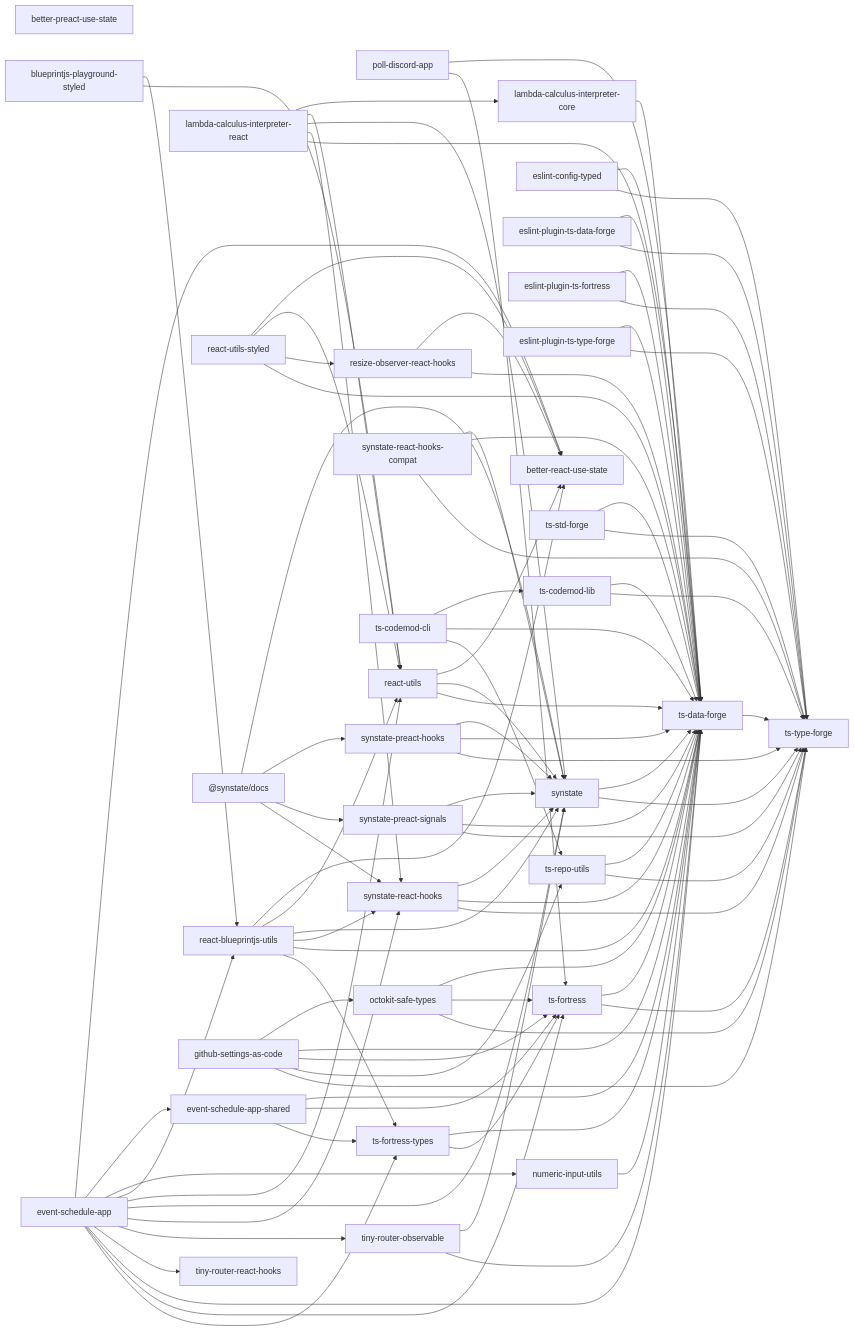
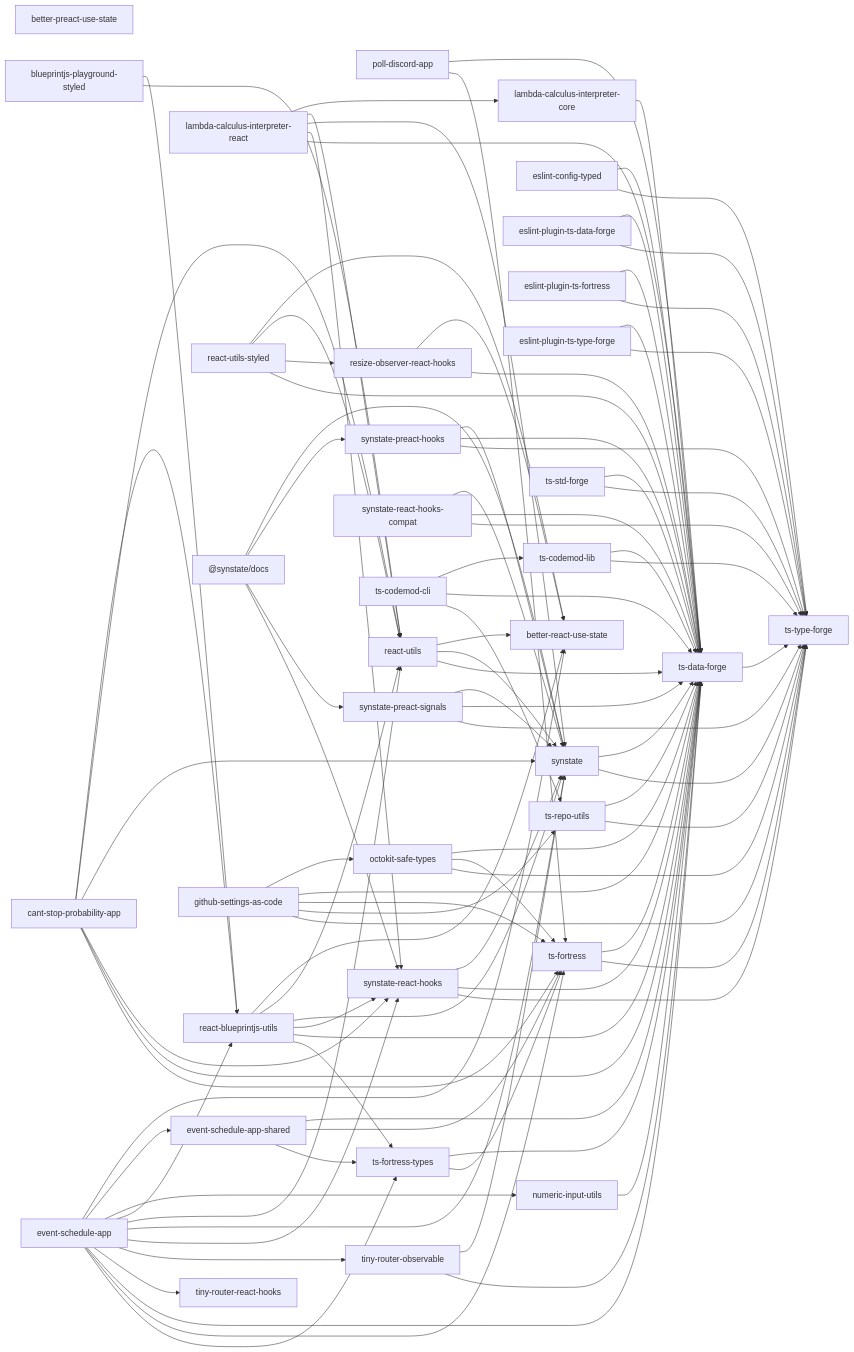
The diagram in docs/package-dependencies.md (noshiro-pf/mono), drawn with Mermaid before and after one commit. The commit also changed other lines of this file and 36 other files, not shown here.

First line of the commit message:
feat: experimental/ から cant-stop-probability-app を復元する (#1754)

```diff
--- a/docs/package-dependencies.md
+++ b/docs/package-dependencies.md
@@ -14,6 +14,7 @@
 graph LR
   better_preact_use_state["better-preact-use-state"]
   blueprintjs_playground_styled["blueprintjs-playground-styled"]
+  cant_stop_probability_app["cant-stop-probability-app"]
   event_schedule_app["event-schedule-app"]
   event_schedule_app_shared["event-schedule-app-shared"]
   lambda_calculus_interpreter_core["lambda-calculus-interpreter-core"]
@@ -49,6 +50,12 @@
   ts_type_forge["ts-type-forge"]
   blueprintjs_playground_styled --> react_blueprintjs_utils
   blueprintjs_playground_styled --> react_utils
+  cant_stop_probability_app --> react_blueprintjs_utils
+  cant_stop_probability_app --> react_utils
+  cant_stop_probability_app --> synstate
+  cant_stop_probability_app --> synstate_react_hooks
+  cant_stop_probability_app --> ts_data_forge
+  cant_stop_probability_app --> ts_fortress
   event_schedule_app --> better_react_use_state
   event_schedule_app --> event_schedule_app_shared
   event_schedule_app --> numeric_input_utils
```
